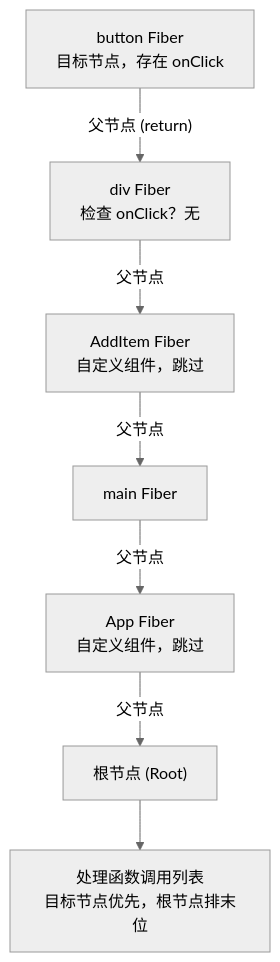
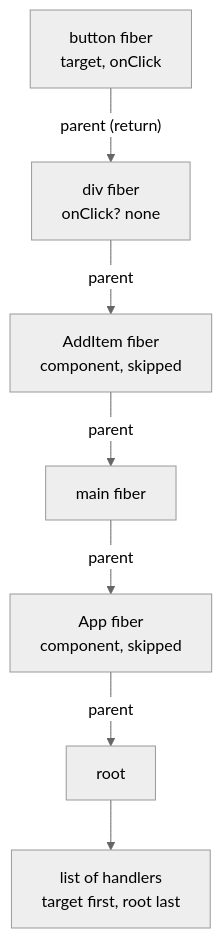
Before and after one commit to ZhaoTim/react-garden-zh: the first of 2 diagrams in content/react-concepts/10 Events - One Listener at the Root.md, drawn with Mermaid (neutral theme). The commit also changed other lines of this file and 12 other files, not shown here.

Commit message:
fix: restore all Mermaid diagrams to original English technical terms

````diff
--- a/content/react-concepts/10 Events - One Listener at the Root.md
+++ b/content/react-concepts/10 Events - One Listener at the Root.md
@@ -58,9 +58,9 @@
 ```mermaid
 flowchart TD
-  T["button Fiber<br/>目标节点，存在 onClick"] -->|"父节点 (return)"| F["div Fiber<br/>检查 onClick？无"]
-  F -->|"父节点"| A["AddItem Fiber<br/>自定义组件，跳过"]
-  A -->|"父节点"| M["main Fiber"]
-  M -->|"父节点"| P["App Fiber<br/>自定义组件，跳过"]
-  P -->|"父节点"| R["根节点 (Root)"]
-  R --> L["处理函数调用列表<br/>目标节点优先，根节点排末位"]
+  T["button fiber<br/>target, onClick"] -->|"parent (return)"| F["div fiber<br/>onClick? none"]
+  F -->|parent| A["AddItem fiber<br/>component, skipped"]
+  A -->|parent| M["main fiber"]
+  M -->|parent| P["App fiber<br/>component, skipped"]
+  P -->|parent| R["root"]
+  R --> L["list of handlers<br/>target first, root last"]
 ```
````
